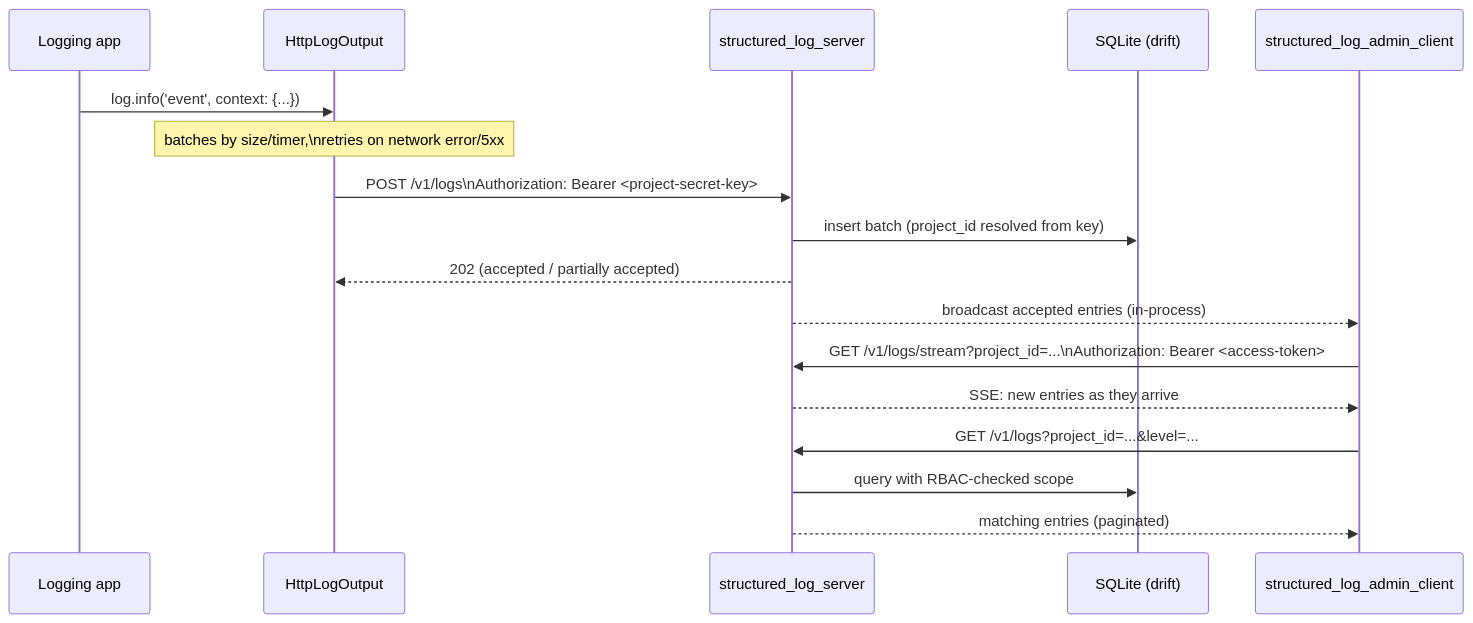
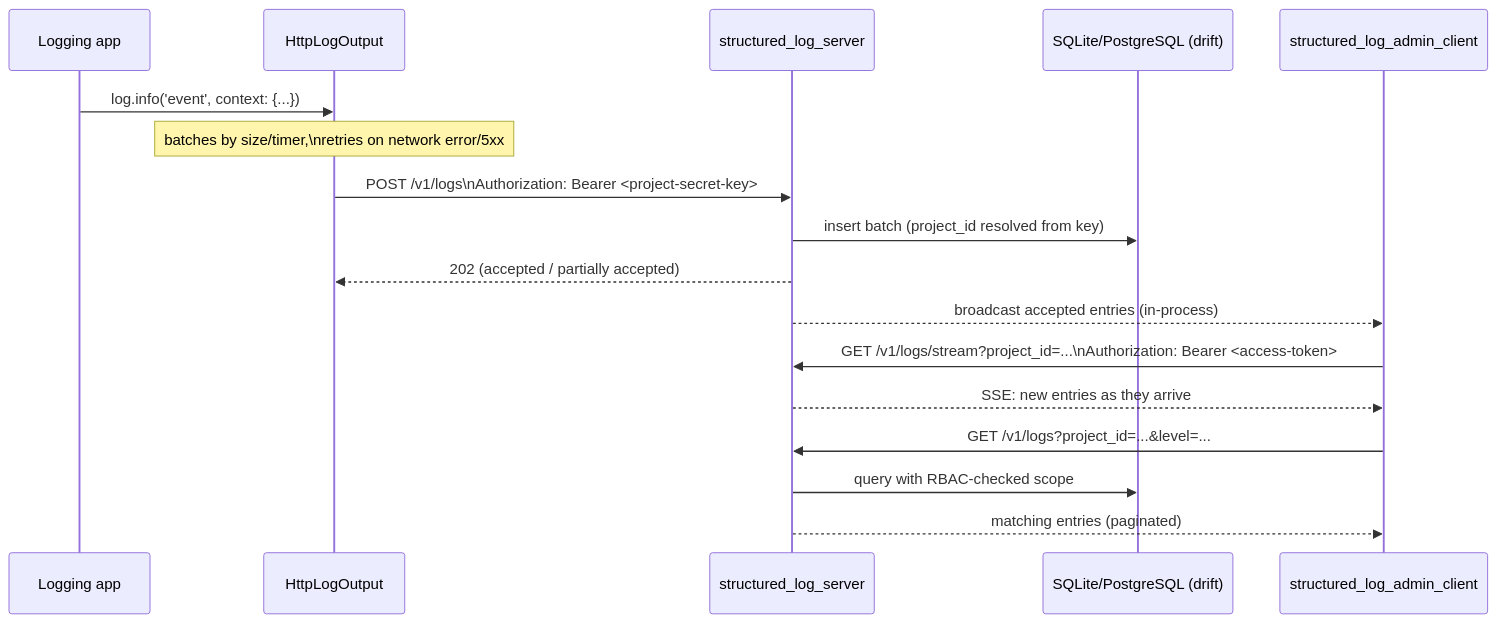
The second of 3 diagrams in docs/architecture/README.md (pese-git/structured_log), drawn with Mermaid before and after one commit. The commit also changed other lines of this file and 20 other files, not shown here.

````diff
--- a/docs/architecture/README.md
+++ b/docs/architecture/README.md
@@ -84,22 +84,22 @@
 ```mermaid
 sequenceDiagram
     participant App as Logging app
     participant HTTP as HttpLogOutput
     participant Srv as structured_log_server
-    participant DB as SQLite (drift)
+    participant DB as SQLite/PostgreSQL (drift)
     participant Admin as structured_log_admin_client
 
     App->>HTTP: log.info('event', context: {...})
     Note over HTTP: batches by size/timer,\nretries on network error/5xx
     HTTP->>Srv: POST /v1/logs\nAuthorization: Bearer <project-secret-key>
     Srv->>DB: insert batch (project_id resolved from key)
     Srv-->>HTTP: 202 (accepted / partially accepted)
     Srv-->>Admin: broadcast accepted entries (in-process)
 
     Admin->>Srv: GET /v1/logs/stream?project_id=...\nAuthorization: Bearer <access-token>
     Srv-->>Admin: SSE: new entries as they arrive
 
     Admin->>Srv: GET /v1/logs?project_id=...&level=...
     Srv->>DB: query with RBAC-checked scope
     Srv-->>Admin: matching entries (paginated)
 ```
````
